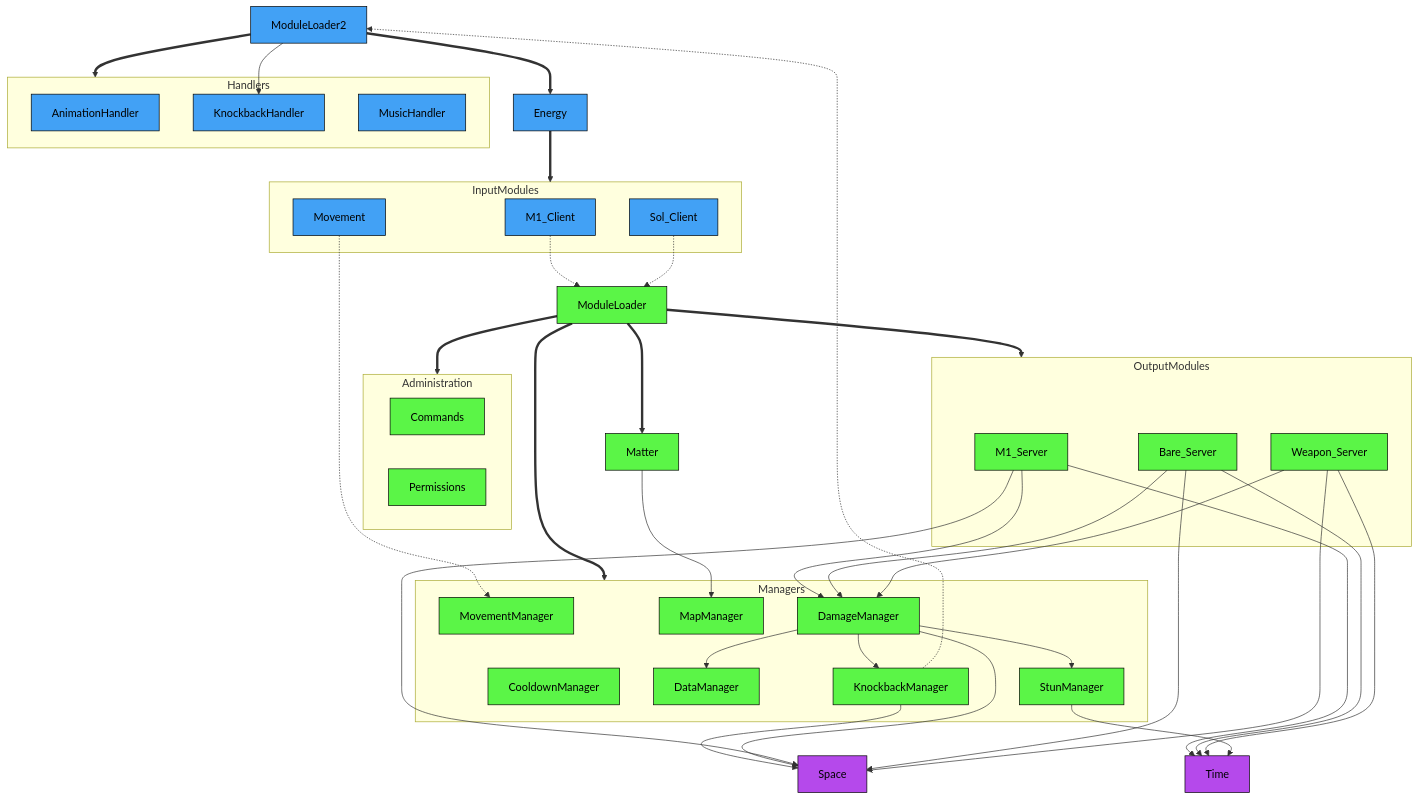
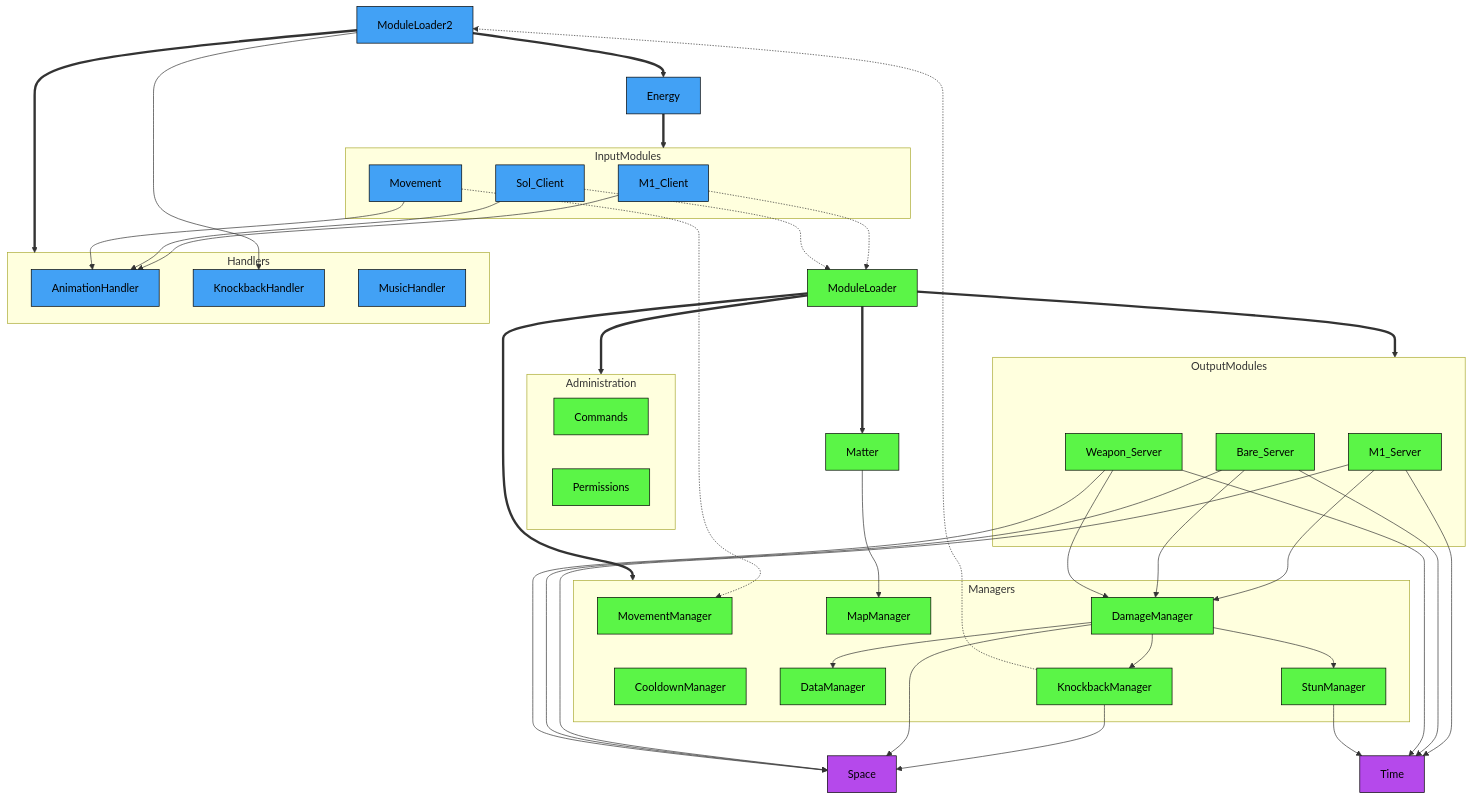
Before and after one commit to altair5607249/Crusaders-Game: the diagram in README.md, drawn with Mermaid.

````diff
--- a/README.md
+++ b/README.md
@@ -37,70 +37,73 @@
 ```mermaid
 flowchart TB;
 
   classDef serverNode fill:#5bf547,stroke:#000000,color:#000000
   classDef clientNode fill:#42a1f5,stroke:#000000,color:#000000
   classDef universalNode fill:#b549eb,stroke:#000000,color:#000000
 
   ModuleLoader2==>Energy;
   ModuleLoader2==>Handlers;
   Energy==>InputModules;
 
   subgraph Handlers
     AnimationHandler;
     KnockbackHandler;
     MusicHandler
   end
 
   subgraph InputModules
     M1_Client;
     Sol_Client;
     Movement;
   end
 
+  M1_Client-->AnimationHandler;
+  Sol_Client-->AnimationHandler;
+  Movement-->AnimationHandler;
   M1_Client-.->ModuleLoader;
   Sol_Client-.->ModuleLoader;
   Movement-.->MovementManager;
   ModuleLoader==>Administration;
   ModuleLoader==>Managers;
   ModuleLoader==>OutputModules;
   ModuleLoader==>Matter-->MapManager;
 
   subgraph Administration
     Commands;
     Permissions;
   end
 
   subgraph Managers
     CooldownManager;
     DamageManager;
     DataManager;
     KnockbackManager;
     MapManager;
     MovementManager;
     StunManager;
   end
 
   subgraph OutputModules
     M1_Server-->DamageManager;
     Bare_Server-->DamageManager;
     Weapon_Server-->DamageManager;
   end
 
   KnockbackManager-->Space;
   DamageManager-->Space;
   DamageManager-->DataManager;
   DamageManager-->KnockbackManager;
   DamageManager-->StunManager;
   M1_Server-->Time;
   Bare_Server-->Time;
   Weapon_Server-->Time;
   StunManager-->Time;
   M1_Server-->Space;
   Bare_Server-->Space;
   Weapon_Server-->Space;
   KnockbackManager-.->ModuleLoader2-->KnockbackHandler;
 
   class ModuleLoader,M1_Server,Bare_Server,Weapon_Server,MovementManager,Commands,Permissions,CooldownManager,DamageManager,DataManager,KnockbackManager,MapManager,MovementManager,StunManager,Matter serverNode;
   class ModuleLoader2,Energy,M1_Client,Sol_Client,Movement,AnimationHandler,KnockbackHandler,MusicHandler clientNode;
   class Space,Time universalNode;
 ```
````
